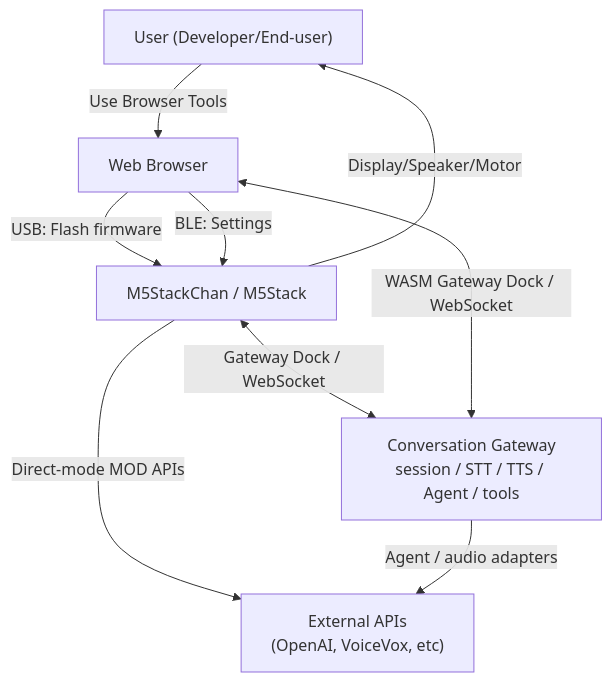
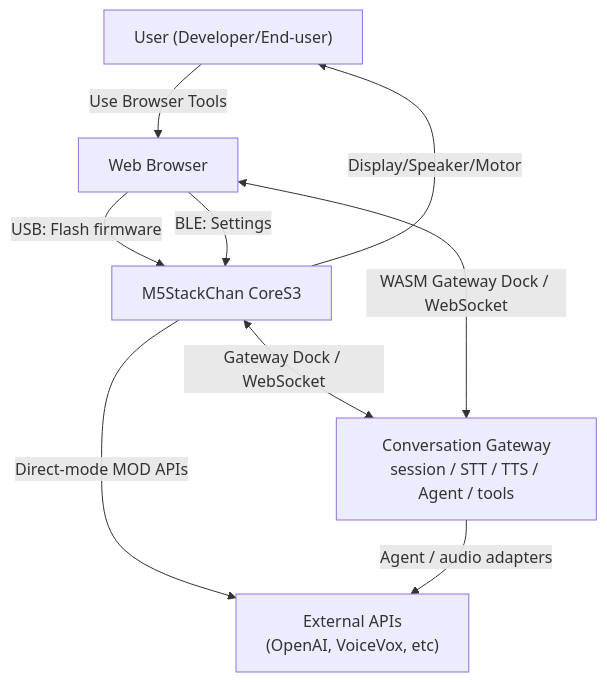
One commit to kumakumapon/stack-chan changed the first of 2 diagrams in docs/ARCHITECTURE.md. Above: the diagram before and after it, drawn with Mermaid. The commit also changed other lines of this file and 50 other files, not shown here.

````diff
--- a/docs/ARCHITECTURE.md
+++ b/docs/ARCHITECTURE.md
@@ -7,17 +7,17 @@
 ```mermaid
 graph TB
     User["User (Developer/End-user)"]
     Browser["Web Browser"]
-    Device["M5StackChan / M5Stack"]
+    Device["M5StackChan CoreS3"]
     ExtAPI["External APIs<br/>(OpenAI, VoiceVox, etc)"]
     Gateway["Conversation Gateway<br/>session / STT / TTS / Agent / tools"]
     
     User -->|"Use Browser Tools"| Browser
     Browser -->|"USB: Flash firmware"| Device
     Browser -->|"BLE: Settings"| Device
     Device -->|"Direct-mode MOD APIs"| ExtAPI
     Device <-->|"Gateway Dock / WebSocket"| Gateway
     Browser <-->|"WASM Gateway Dock / WebSocket"| Gateway
     Gateway -->|"Agent / audio adapters"| ExtAPI
     Device -->|"Display/Speaker/Motor"| User
 ```
````
